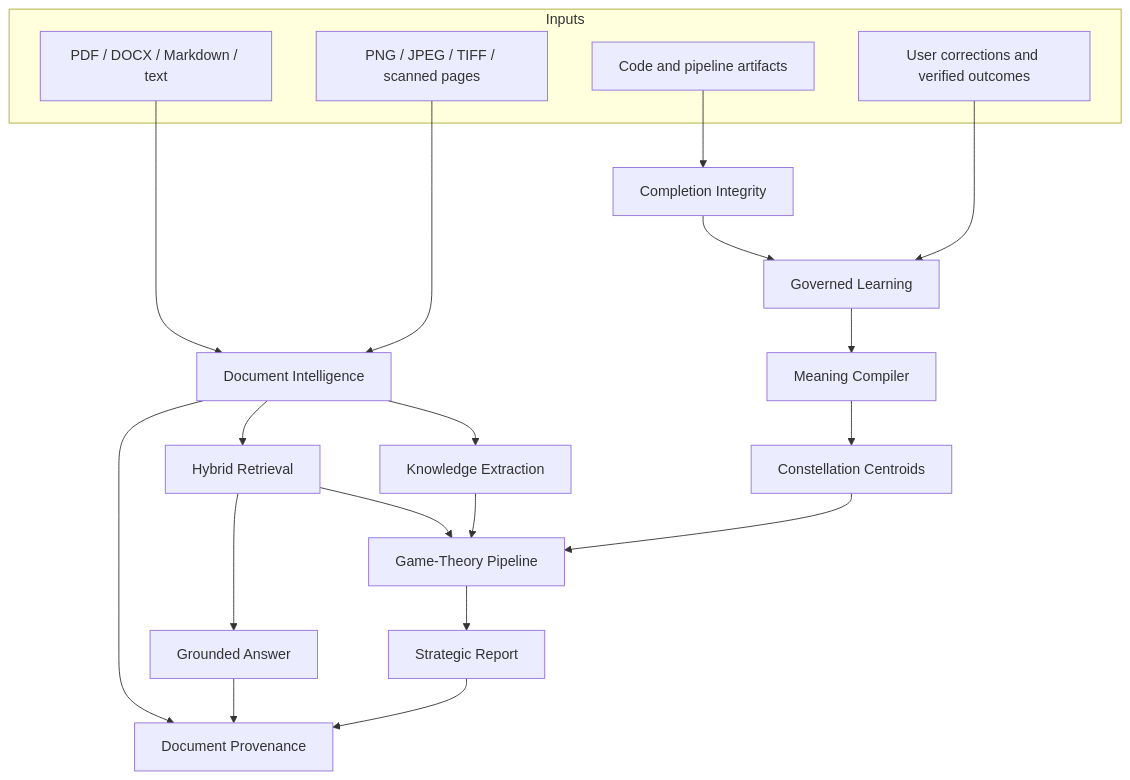
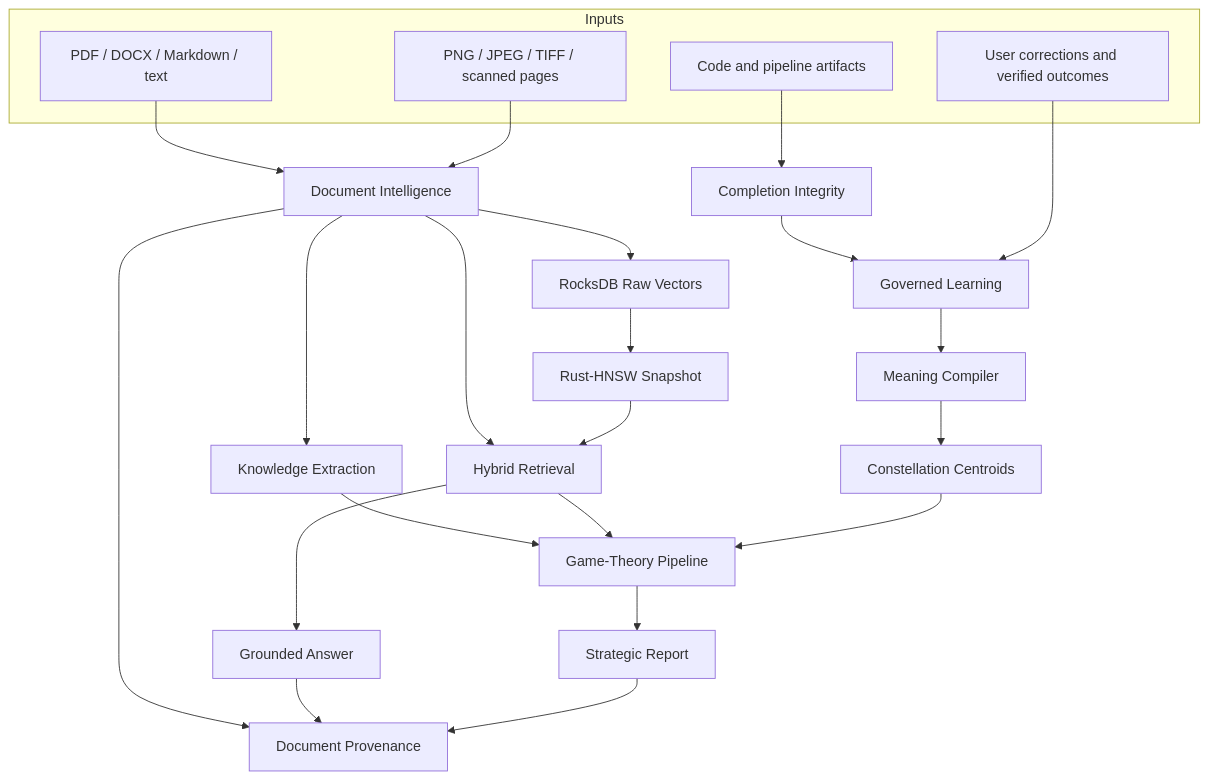
The diagram in docs/evidence-engine.md (ste-bah/archon-cli), drawn with Mermaid before and after one commit. The commit also changed other lines of this file and 101 other files, not shown here.

````diff
--- a/docs/evidence-engine.md
+++ b/docs/evidence-engine.md
@@ -25,28 +25,31 @@
 ```mermaid
 flowchart TB
     subgraph Inputs
         FILES["PDF / DOCX / Markdown / text"]
         IMAGES["PNG / JPEG / TIFF / scanned pages"]
         CODE["Code and pipeline artifacts"]
         FEEDBACK["User corrections and verified outcomes"]
     end
 
     FILES --> DOCS["Document Intelligence"]
     IMAGES --> DOCS
+    DOCS --> VECS["RocksDB Raw Vectors"]
+    VECS --> HNSW["Rust-HNSW Snapshot"]
     DOCS --> KB["Knowledge Extraction"]
     DOCS --> RET["Hybrid Retrieval"]
+    HNSW --> RET
     DOCS --> PROV["Document Provenance"]
 
     KB --> GT["Game-Theory Pipeline"]
     RET --> GT
     CODE --> COMP["Completion Integrity"]
     GT --> REPORT["Strategic Report"]
     RET --> ANSWER["Grounded Answer"]
     ANSWER --> PROV
     REPORT --> PROV
     COMP --> LEARN["Governed Learning"]
     FEEDBACK --> LEARN
     LEARN --> MEAN["Meaning Compiler"]
     MEAN --> CONST["Constellation Centroids"]
     CONST --> GT
 ```
````
